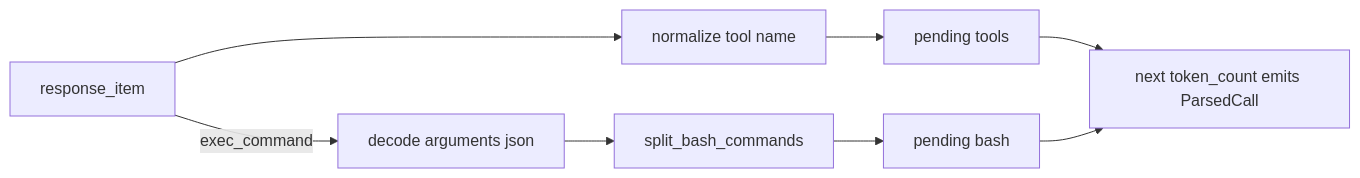
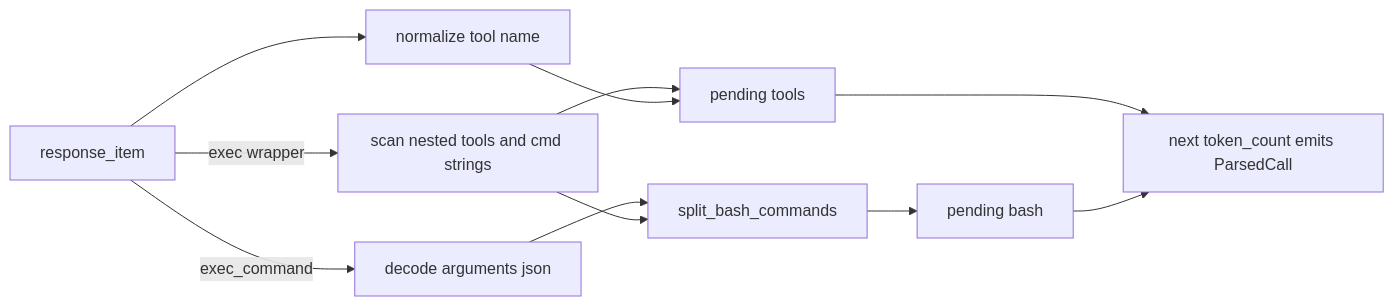
One commit to russmckendrick/tokenuse changed the second of 2 diagrams in docs/development/tools/codex.md. Above: the diagram before and after it, drawn with Mermaid. The commit also changed other lines of this file and 23 other files, not shown here.

Commit message:
feat(usage): expose Copilot credits and nested Codex tools

````diff
--- a/docs/development/tools/codex.md
+++ b/docs/development/tools/codex.md
@@ -130,10 +138,13 @@
 ```mermaid
 flowchart LR
     A[response_item] --> B[normalize tool name]
     A -->|exec_command| C[decode arguments json]
+    A -->|exec wrapper| H[scan nested tools and cmd strings]
     C --> D[split_bash_commands]
+    H --> D
+    H --> E
     B --> E[pending tools]
     D --> F[pending bash]
     E --> G[next token_count emits ParsedCall]
     F --> G
 ```
````
